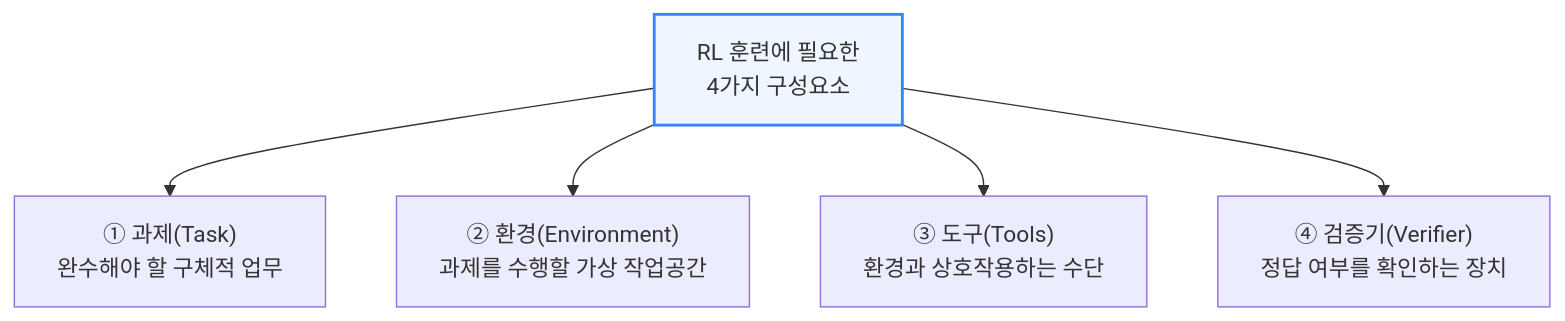
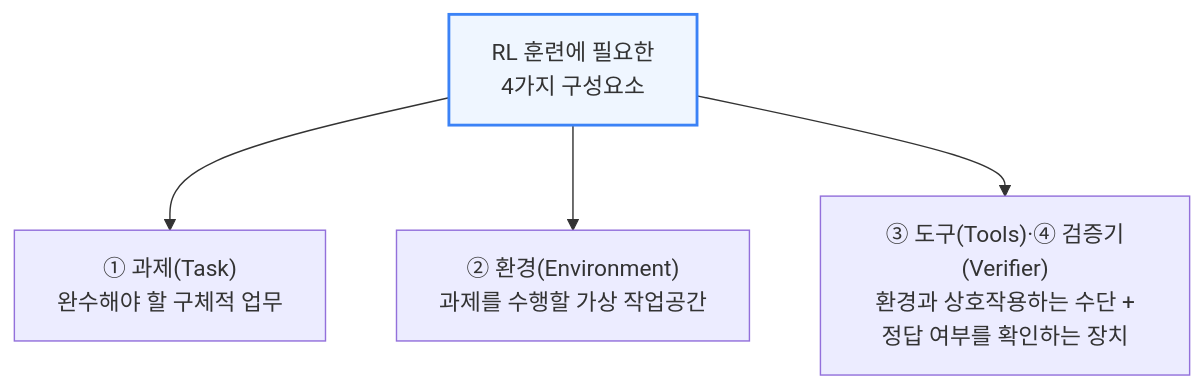
The seventh of 37 diagrams in source/newsletter/ai_infra/[260205] 메타 슈퍼인텔리전스의 미래 - 출범 1주년 성과 점검.md (yohan4477/semi-report), drawn with Mermaid before and after one commit. The commit also changed other lines of this file, not shown here.

Commit message:
Fix diagram width violations and a typo in Meta Superintelligence doc

````diff
--- a/source/newsletter/ai_infra/[260205] 메타 슈퍼인텔리전스의 미래 - 출범 1주년 성과 점검.md
+++ b/source/newsletter/ai_infra/[260205] 메타 슈퍼인텔리전스의 미래 - 출범 1주년 성과 점검.md
@@ -143,8 +143,7 @@
 ```mermaid
 flowchart TD
     RLdef["RL 훈련에 필요한<br/>4가지 구성요소"] --> C1["① 과제(Task)<br/>완수해야 할 구체적 업무"]
     RLdef --> C2["② 환경(Environment)<br/>과제를 수행할 가상 작업공간"]
-    RLdef --> C3["③ 도구(Tools)<br/>환경과 상호작용하는 수단"]
-    RLdef --> C4["④ 검증기(Verifier)<br/>정답 여부를 확인하는 장치"]
+    RLdef --> C34["③ 도구(Tools)·④ 검증기(Verifier)<br/>환경과 상호작용하는 수단 +<br/>정답 여부를 확인하는 장치"]
     style RLdef fill:#eff6ff,stroke:#3b82f6,stroke-width:2px
 ```
````
